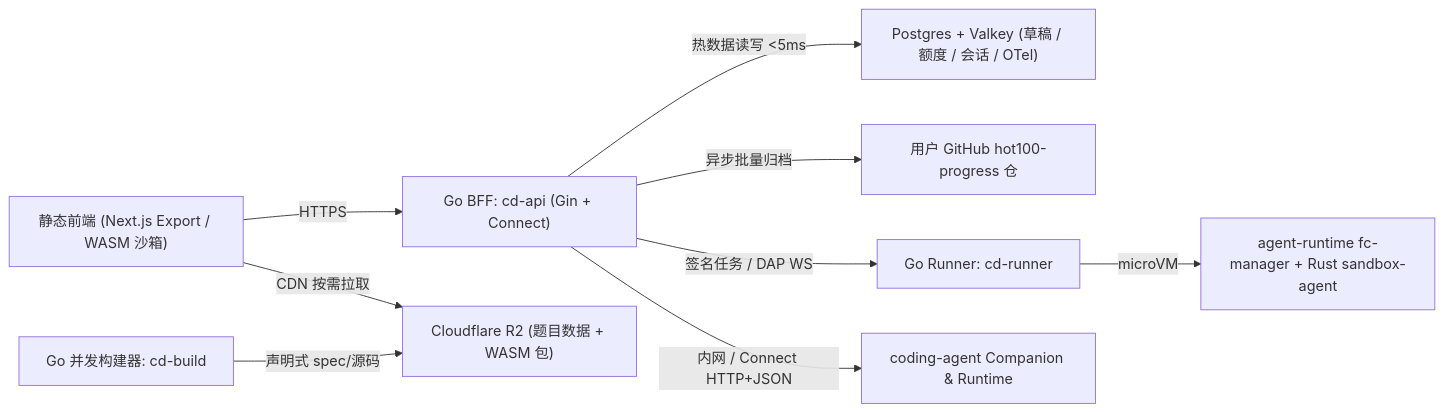
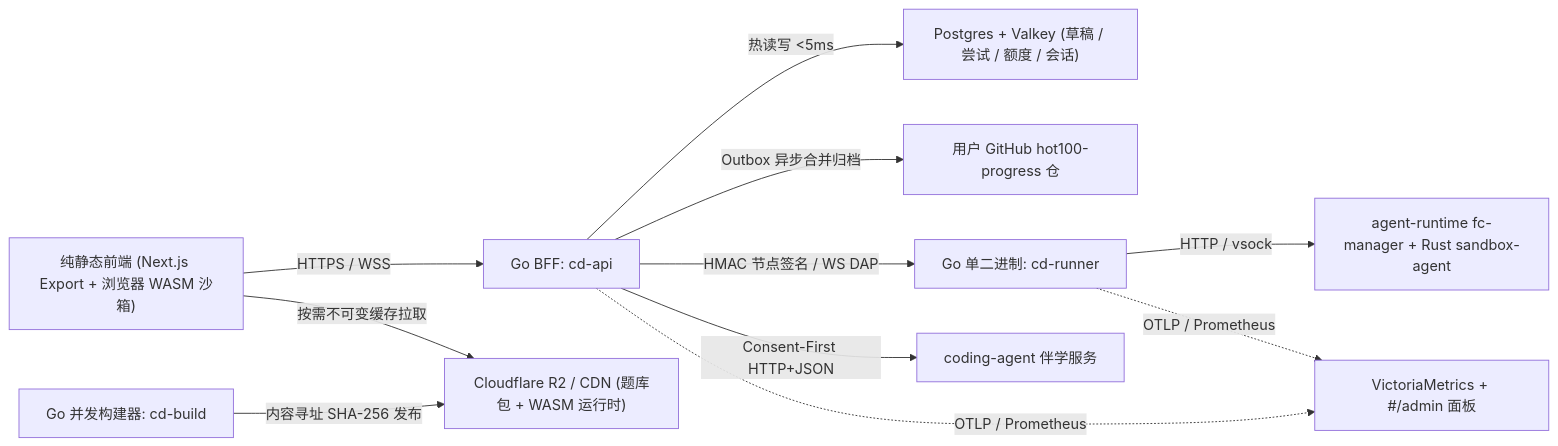
Before and after one commit to Hanwen-Jiang/coding-dance: the diagram in docs/architecture-modernization-plan.md, drawn with Mermaid. The commit also changed other lines of this file and 46 other files, not shown here.

````diff
--- a/docs/architecture-modernization-plan.md
+++ b/docs/architecture-modernization-plan.md
@@ -24,11 +26,13 @@
 ```mermaid
 flowchart LR
-    WEB["静态前端 (Next.js Export / WASM 沙箱)"] -->|HTTPS| BFF["Go BFF: cd-api (Gin + Connect)"]
-    BFF -->|热数据读写 <5ms| PG["Postgres + Valkey (草稿 / 额度 / 会话 / OTel)"]
-    BFF -->|异步批量归档| GH["用户 GitHub hot100-progress 仓"]
-    BFF -->|签名任务 / DAP WS| RUN["Go Runner: cd-runner"]
-    RUN -->|microVM| FC["agent-runtime fc-manager + Rust sandbox-agent"]
-    BFF -->|内网 / Connect HTTP+JSON| CA["coding-agent Companion & Runtime"]
-    CD_BUILD["Go 并发构建器: cd-build"] -->|声明式 spec/源码| R2["Cloudflare R2 (题目数据 + WASM 包)"]
-    WEB -->|CDN 按需拉取| R2
+    WEB["纯静态前端 (Next.js Export + 浏览器 WASM 沙箱)"] -->|HTTPS / WSS| API["Go BFF: cd-api"]
+    API -->|热读写 <5ms| HOT["Postgres + Valkey (草稿 / 尝试 / 额度 / 会话)"]
+    API -->|Outbox 异步合并归档| GH["用户 GitHub hot100-progress 仓"]
+    API -->|HMAC 节点签名 / WS DAP| RUN["Go 单二进制: cd-runner"]
+    RUN -->|HTTP / vsock| FC["agent-runtime fc-manager + Rust sandbox-agent"]
+    API -->|Consent-First HTTP+JSON| CA["coding-agent 伴学服务"]
+    BUILD["Go 并发构建器: cd-build"] -->|内容寻址 SHA-256 发布| R2["Cloudflare R2 / CDN (题库包 + WASM 运行时)"]
+    WEB -->|按需不可变缓存拉取| R2
+    RUN -.->|OTLP / Prometheus| OBS["VictoriaMetrics + #/admin 面板"]
+    API -.->|OTLP / Prometheus| OBS
 ```
````
